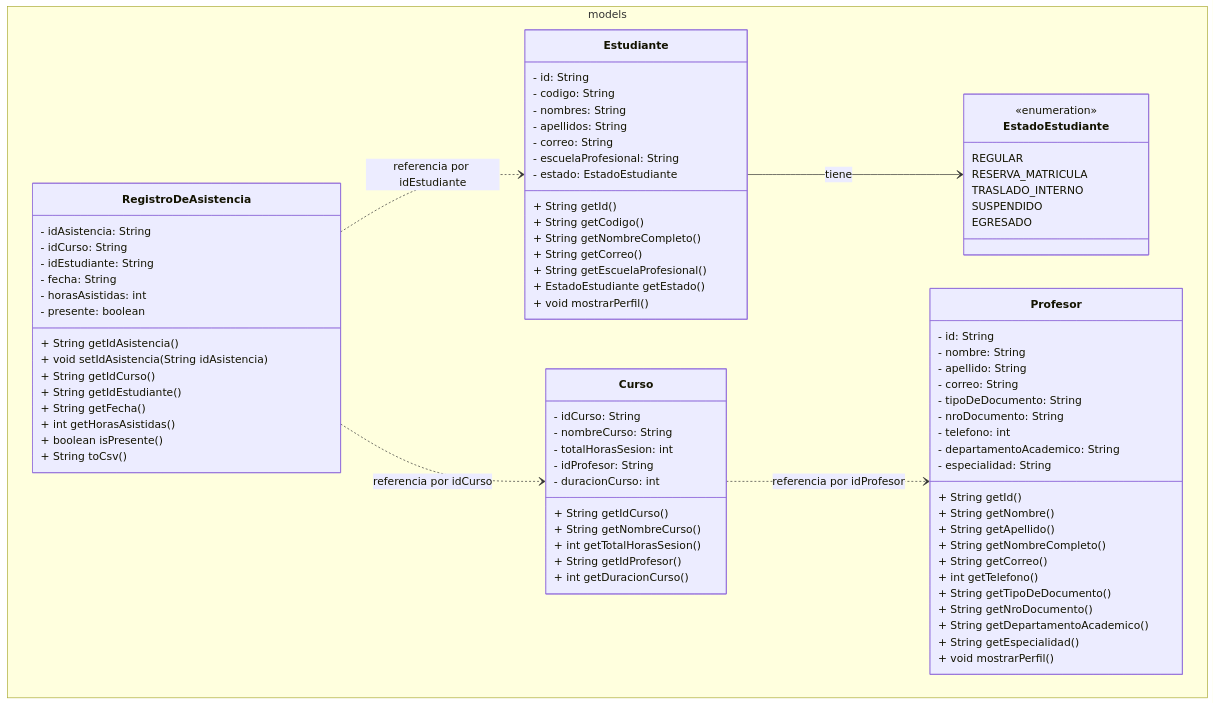
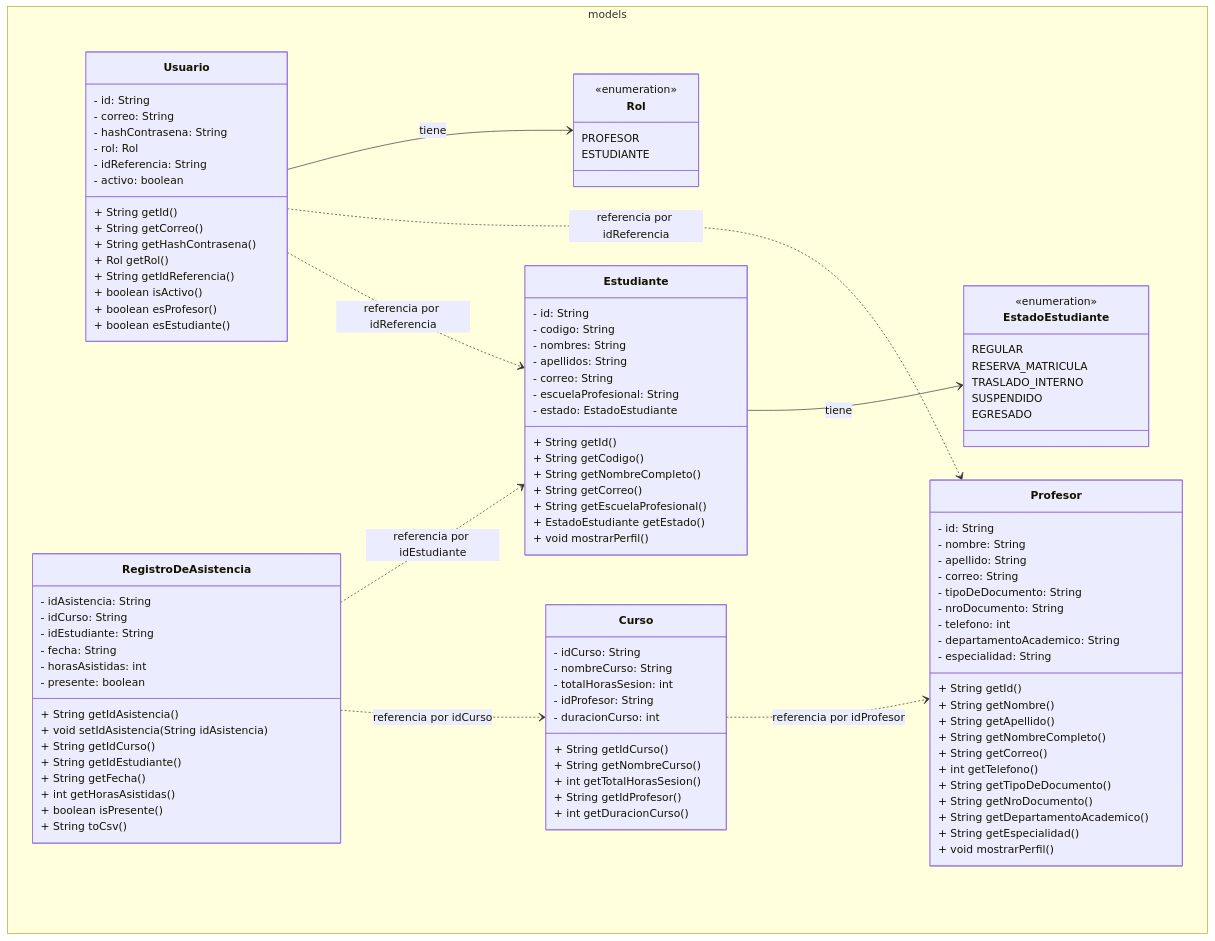
The diagram in docs/models/Models.mmd (Aireck2/take-attendance-java), drawn with Mermaid before and after one commit. The commit also changed 13 other files, not shown here.

First line of the commit message:
docs(auth): document roles, login flow and demo credentials

```diff
--- a/docs/models/Models.mmd
+++ b/docs/models/Models.mmd
@@ -1,84 +1,109 @@
 classDiagram
     namespace models{
         class EstadoEstudiante {
             <<enumeration>>
             REGULAR
             RESERVA_MATRICULA
             TRASLADO_INTERNO
             SUSPENDIDO
             EGRESADO
+        }
+        class Rol {
+            <<enumeration>>
+            PROFESOR
+            ESTUDIANTE
         }
         class Curso {
             - idCurso: String 
             - nombreCurso: String 
             - totalHorasSesion: int
             - idProfesor: String
             - duracionCurso: int
     
             + String getIdCurso()
             + String getNombreCurso()
             + int getTotalHorasSesion()
             + String getIdProfesor()
             + int getDuracionCurso()
         }
        class Profesor {
             - id: String
             - nombre: String
             - apellido: String
             - correo: String
             - tipoDeDocumento: String
             - nroDocumento: String
             - telefono: int
             - departamentoAcademico: String
             - especialidad: String
             + String getId()
             + String getNombre()
             + String getApellido()
             + String getNombreCompleto()
             + String getCorreo()
             + int getTelefono()
             + String getTipoDeDocumento()
             + String getNroDocumento()
             + String getDepartamentoAcademico()
             + String getEspecialidad()
             + void mostrarPerfil()
         }
         class Estudiante {
             - id: String
             - codigo: String
             - nombres: String
             - apellidos: String
             - correo: String
             - escuelaProfesional: String
             - estado: EstadoEstudiante
             + String getId()
             + String getCodigo()
             + String getNombreCompleto()
             + String getCorreo()
             + String getEscuelaProfesional()
             + EstadoEstudiante getEstado()
             + void mostrarPerfil()
         }
 
+        class Usuario {
+            - id: String
+            - correo: String
+            - hashContrasena: String
+            - rol: Rol
+            - idReferencia: String
+            - activo: boolean
+            + String getId()
+            + String getCorreo()
+            + String getHashContrasena()
+            + Rol getRol()
+            + String getIdReferencia()
+            + boolean isActivo()
+            + boolean esProfesor()
+            + boolean esEstudiante()
+        }
+
         class RegistroDeAsistencia {
             - idAsistencia: String
             - idCurso: String
             - idEstudiante: String
             - fecha: String
             - horasAsistidas: int
             - presente: boolean
             + String getIdAsistencia()
             + void setIdAsistencia(String idAsistencia)
             + String getIdCurso()
             + String getIdEstudiante()
             + String getFecha()
             + int getHorasAsistidas()
             + boolean isPresente()
             + String toCsv()
         }
     }
 
     Estudiante --> EstadoEstudiante : tiene
+    Usuario --> Rol : tiene
+    Usuario ..> Profesor : referencia por idReferencia
+    Usuario ..> Estudiante : referencia por idReferencia
     Curso ..> Profesor : referencia por idProfesor
     RegistroDeAsistencia ..> Estudiante : referencia por idEstudiante
     RegistroDeAsistencia ..> Curso : referencia por idCurso
```
